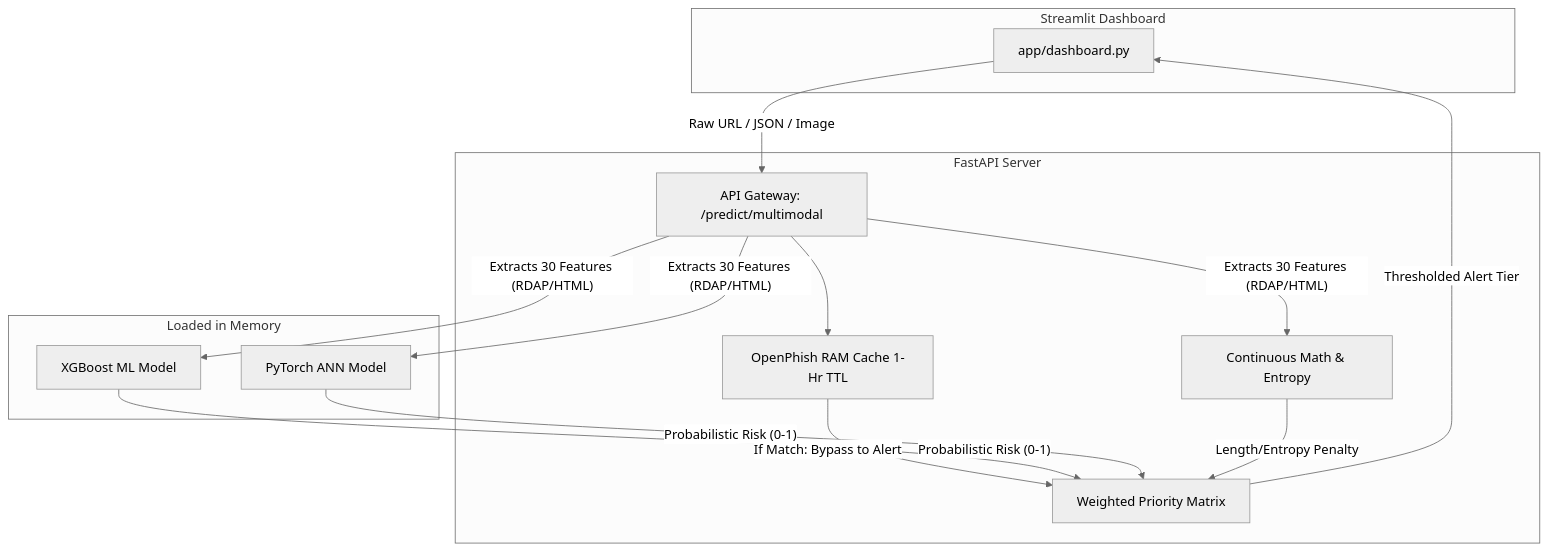
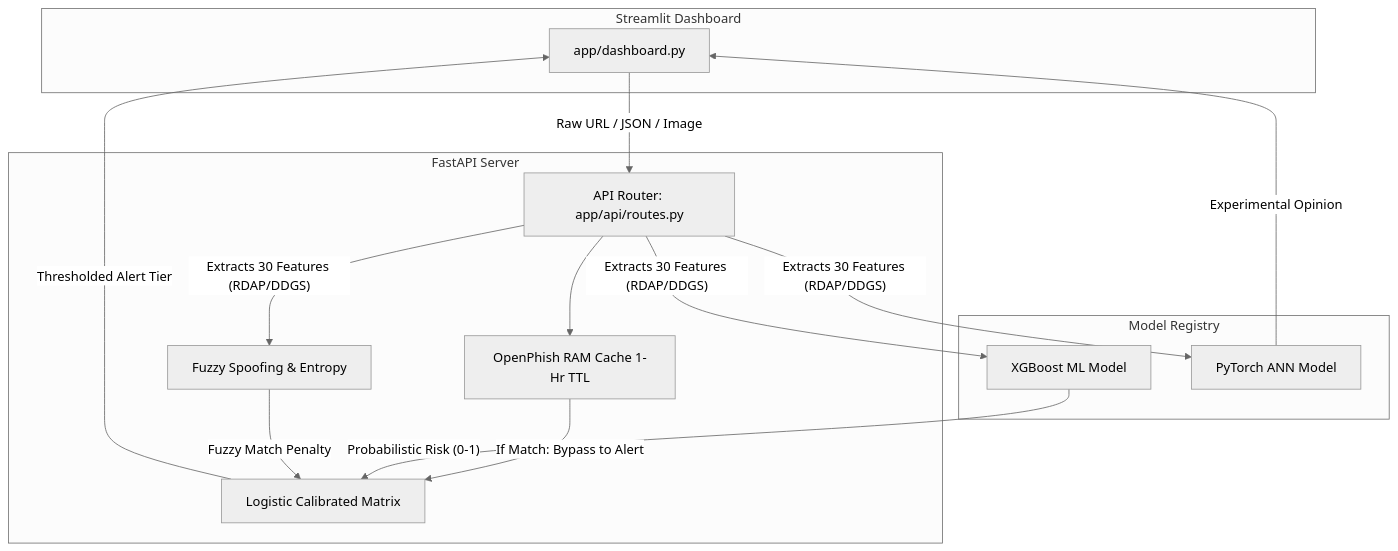
The diagram in docs/architecture.md (Bibek-Dhakal/multimodal-phishing-detection-platform), drawn with Mermaid (neutral theme) before and after one commit. The commit also changed other lines of this file and 16 other files, not shown here.

````diff
--- a/docs/architecture.md
+++ b/docs/architecture.md
@@ -9,27 +9,27 @@
 ```mermaid
 graph TD
     subgraph Frontend [Streamlit Dashboard]
         UI[app/dashboard.py]
     end
 
     subgraph Backend [FastAPI Server]
-        API[API Gateway: /predict/multimodal]
+        API[API Router: app/api/routes.py]
         Feed[OpenPhish RAM Cache 1-Hr TTL]
-        Consensus[Weighted Priority Matrix]
-        Heuristics[Continuous Math & Entropy]
+        Consensus[Logistic Calibrated Matrix]
+        Heuristics[Fuzzy Spoofing & Entropy]
     end
 
-    subgraph Models [Loaded in Memory]
+    subgraph Models [Model Registry]
         ML[XGBoost ML Model]
         DL[PyTorch ANN Model]
     end
 
     UI -- "Raw URL / JSON / Image" --> API
     API --> Feed
     Feed -- "If Match: Bypass to Alert" --> Consensus
-    API -- "Extracts 30 Features (RDAP/HTML)" --> ML & DL & Heuristics
+    API -- "Extracts 30 Features (RDAP/DDGS)" --> ML & DL & Heuristics
     ML -- "Probabilistic Risk (0-1)" --> Consensus
-    DL -- "Probabilistic Risk (0-1)" --> Consensus
-    Heuristics -- "Length/Entropy Penalty" --> Consensus
+    Heuristics -- "Fuzzy Match Penalty" --> Consensus
     Consensus -- "Thresholded Alert Tier" --> UI
+    DL -- "Experimental Opinion" --> UI
 ```
````
